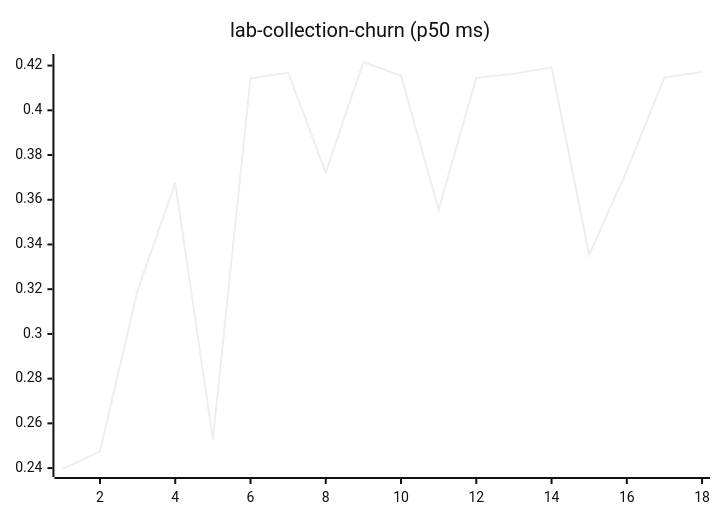
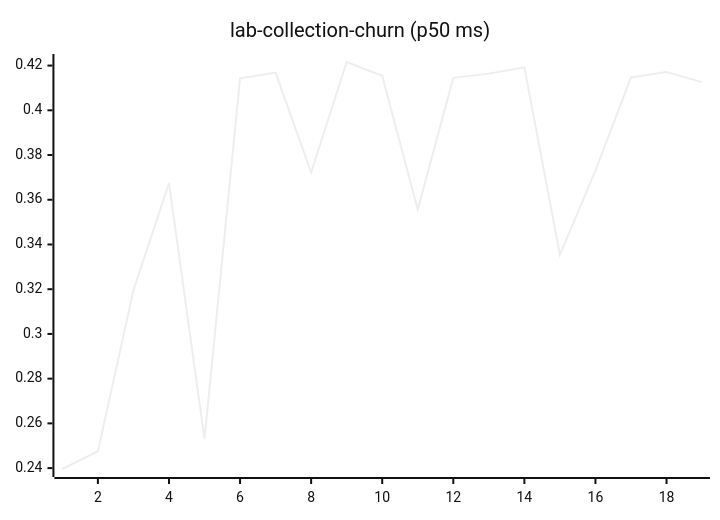
One commit to josha/Facet changed diagram 11 of 27 in README.md. Above: the diagram before and after it, drawn with Mermaid (neutral theme). The commit also changed other lines of this file and 2 other files, not shown here.

````diff
--- a/README.md
+++ b/README.md
@@ -133,6 +133,6 @@
 ```mermaid
 xychart-beta
     title "lab-collection-churn (p50 ms)"
-    x-axis 1 --> 18
-    line [0.2396, 0.2475, 0.3195, 0.3675, 0.2530, 0.4143, 0.4168, 0.3722, 0.4216, 0.4154, 0.3556, 0.4145, 0.4164, 0.4192, 0.3354, 0.3730, 0.4147, 0.4171]
+    x-axis 1 --> 19
+    line [0.2396, 0.2475, 0.3195, 0.3675, 0.2530, 0.4143, 0.4168, 0.3722, 0.4216, 0.4154, 0.3556, 0.4145, 0.4164, 0.4192, 0.3354, 0.3730, 0.4147, 0.4171, 0.4126]
 ```
````
